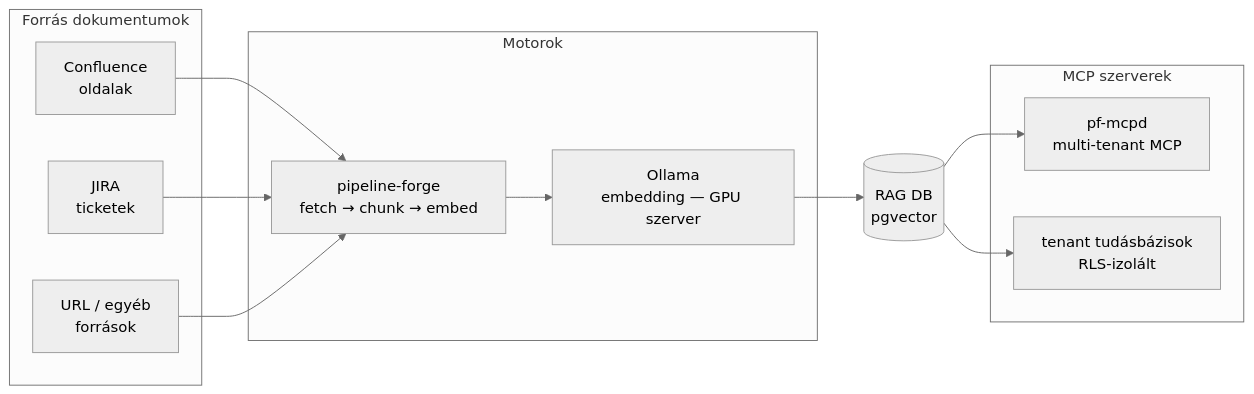
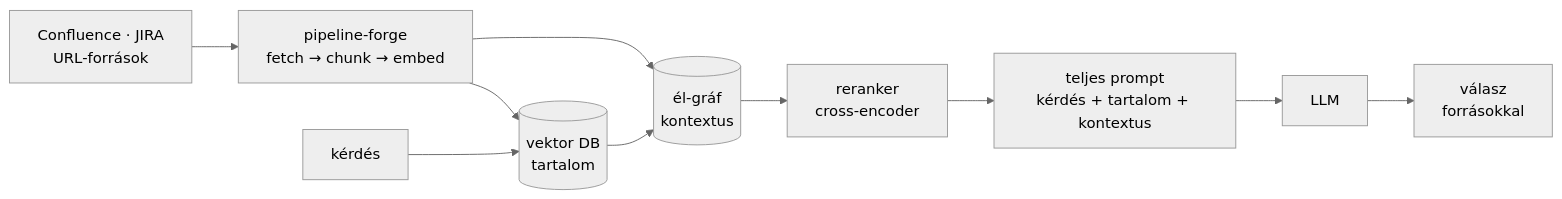
Before and after one commit to gnemet/lookin: the third of 8 diagrams in docs/presentation/platform-base-dev-method.deck.md, drawn with Mermaid (neutral theme). The commit also changed other lines of this file, not shown here.

Commit message:
deck(platform-base-dev-method): s5 — content (vector DB) + context (edge graph) → reranker → full prompt → LLM → answer, as a storyboard

````diff
--- a/docs/presentation/platform-base-dev-method.deck.md
+++ b/docs/presentation/platform-base-dev-method.deck.md
@@ -157,26 +157,17 @@
 ```mermaid
-%%{init: {'flowchart': {'fontSize': 18}}}%%
-graph LR
-    subgraph SRC["Forrás dokumentumok"]
-        CF["Confluence<br/>oldalak"]
-        JI["JIRA<br/>ticketek"]
-        UR["URL / egyéb<br/>források"]
-    end
-    subgraph ENG["Motorok"]
-        PF["pipeline-forge<br/>fetch → chunk → embed"]
-        OL["Ollama<br/>embedding — GPU szerver"]
-    end
-    RD[("RAG DB<br/>pgvector")]
-    subgraph MCPS["MCP szerverek"]
-        AK["pf-mcpd<br/>multi-tenant MCP"]
-        IT["tenant tudásbázisok<br/>RLS-izolált"]
-    end
-    CF & JI & UR --> PF
-    PF --> OL
-    OL --> RD
-    RD --> AK & IT
-    class CF,JI,UR source
-    class PF,OL process
-    class RD storage
-    class AK,IT output
+flowchart LR
+  SRC[Confluence · JIRA<br/>URL-források] --> ING[pipeline-forge<br/>fetch → chunk → embed]
+  ING --> V[(vektor DB<br/>tartalom)]
+  ING --> G[(él-gráf<br/>kontextus)]
+  Q[kérdés] --> V
+  V --> G
+  G --> R[reranker<br/>cross-encoder]
+  R --> P[teljes prompt<br/>kérdés + tartalom + kontextus]
+  P --> M[LLM]
+  M --> A[válasz<br/>forrásokkal]
+  class SRC,Q source
+  class ING,R,P process
+  class V,G storage
+  class M external
+  class A output
 ```
````
